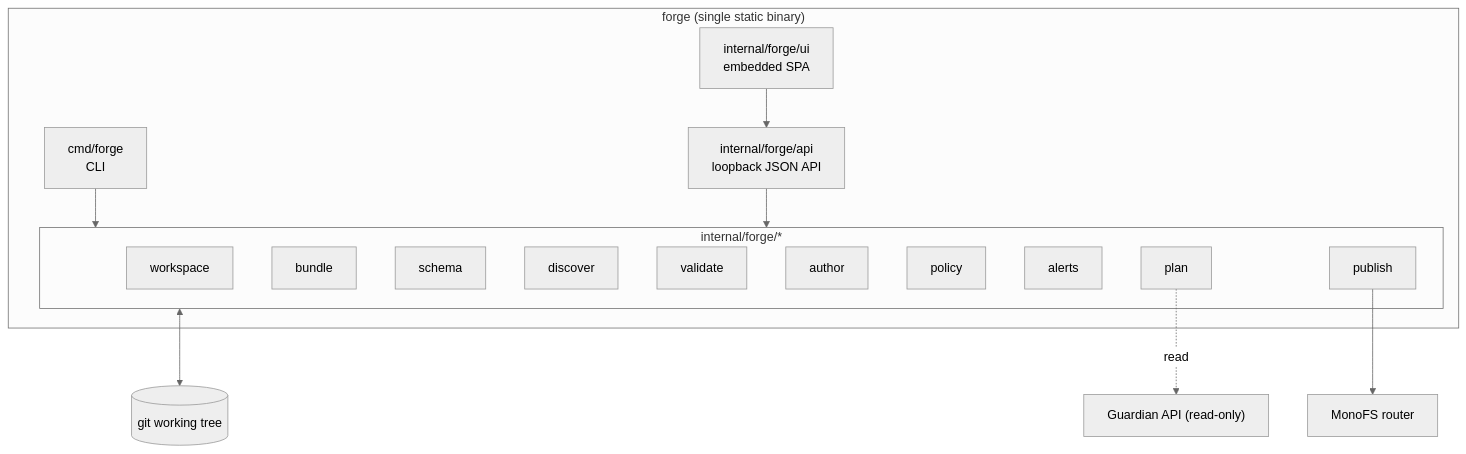
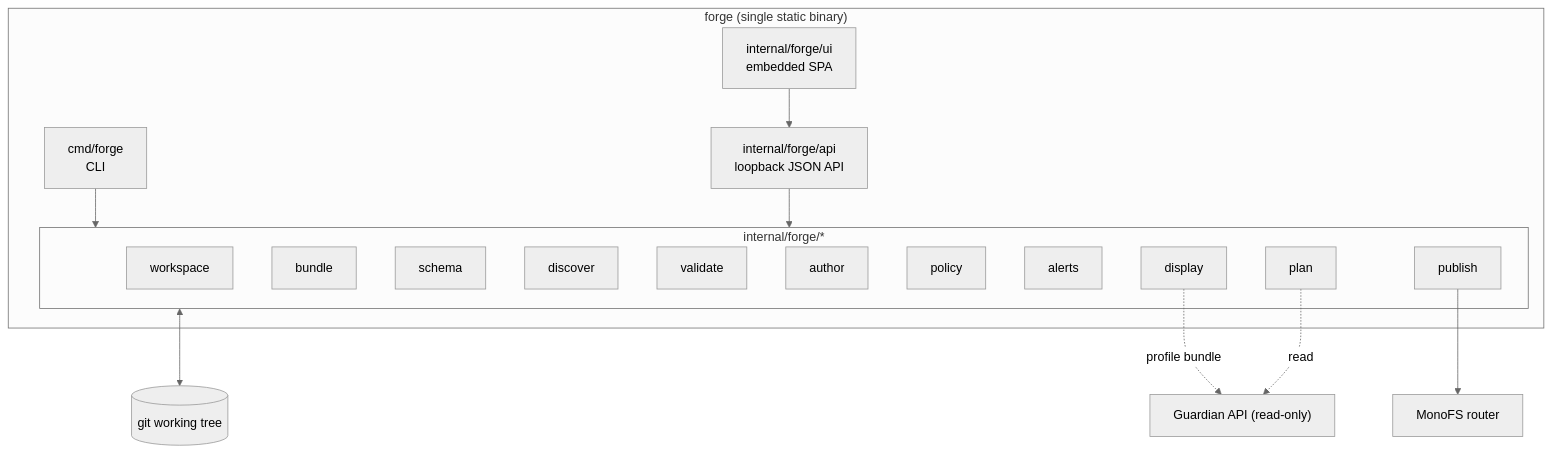
Before and after one commit to radryc/guardian: the second of 2 diagrams in docs/design/forge.md, drawn with Mermaid (neutral theme). The commit also changed other lines of this file and 81 other files, not shown here.

````diff
--- a/docs/design/forge.md
+++ b/docs/design/forge.md
@@ -137,30 +167,32 @@
 ```mermaid
 flowchart TB
     subgraph Bin["forge (single static binary)"]
         CMD["cmd/forge<br/>CLI"]
         API["internal/forge/api<br/>loopback JSON API"]
         SPA["internal/forge/ui<br/>embedded SPA"]
         subgraph Eng["internal/forge/*"]
             WS["workspace"]
             BUN["bundle"]
             SCH["schema"]
             DISC["discover"]
             VAL["validate"]
             AUT["author"]
             POL["policy"]
             ALR["alerts"]
+            DIS["display"]
             PLAN["plan"]
             PUB["publish"]
         end
     end
 
     REPO[("git working tree")]
     MONOFS["MonoFS router"]
     GUARD["Guardian API (read-only)"]
 
     CMD --> Eng
     SPA --> API --> Eng
     Eng <--> REPO
     PUB --> MONOFS
+    DIS -.profile bundle.-> GUARD
     PLAN -.read.-> GUARD
 ```
````
